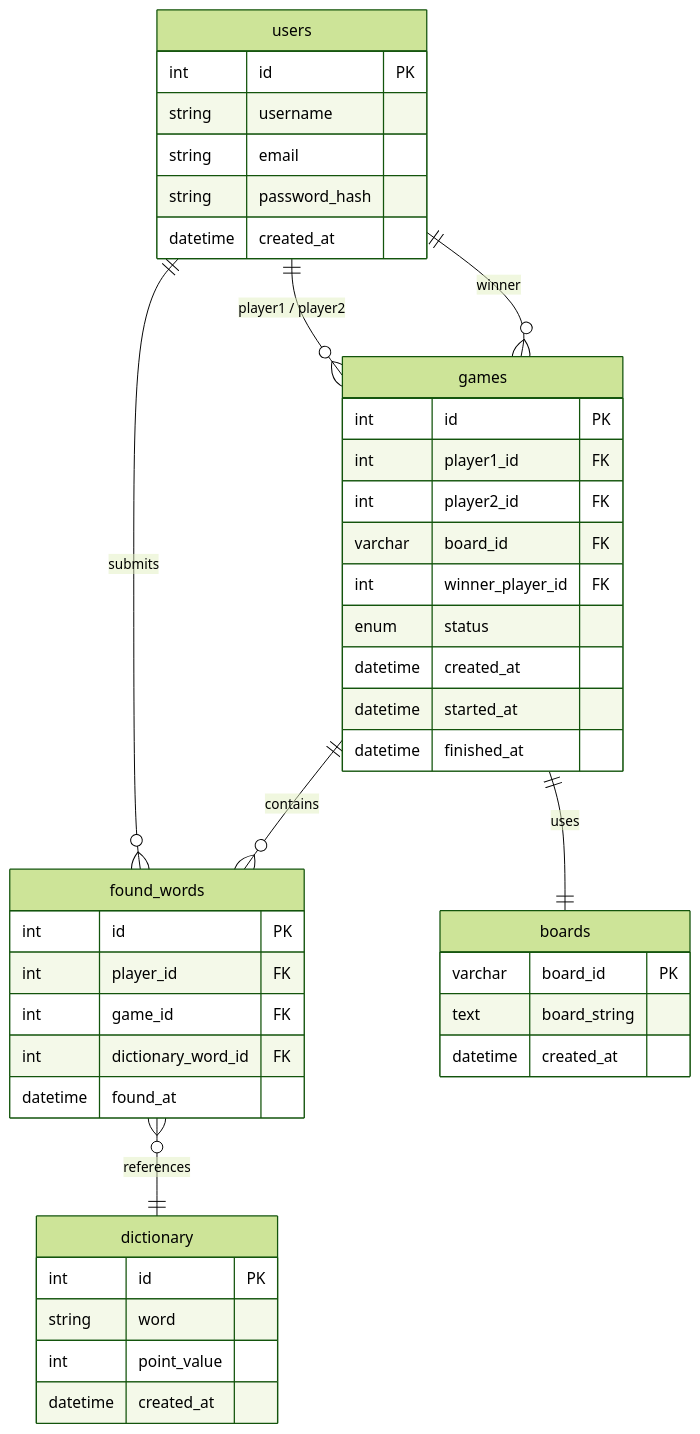
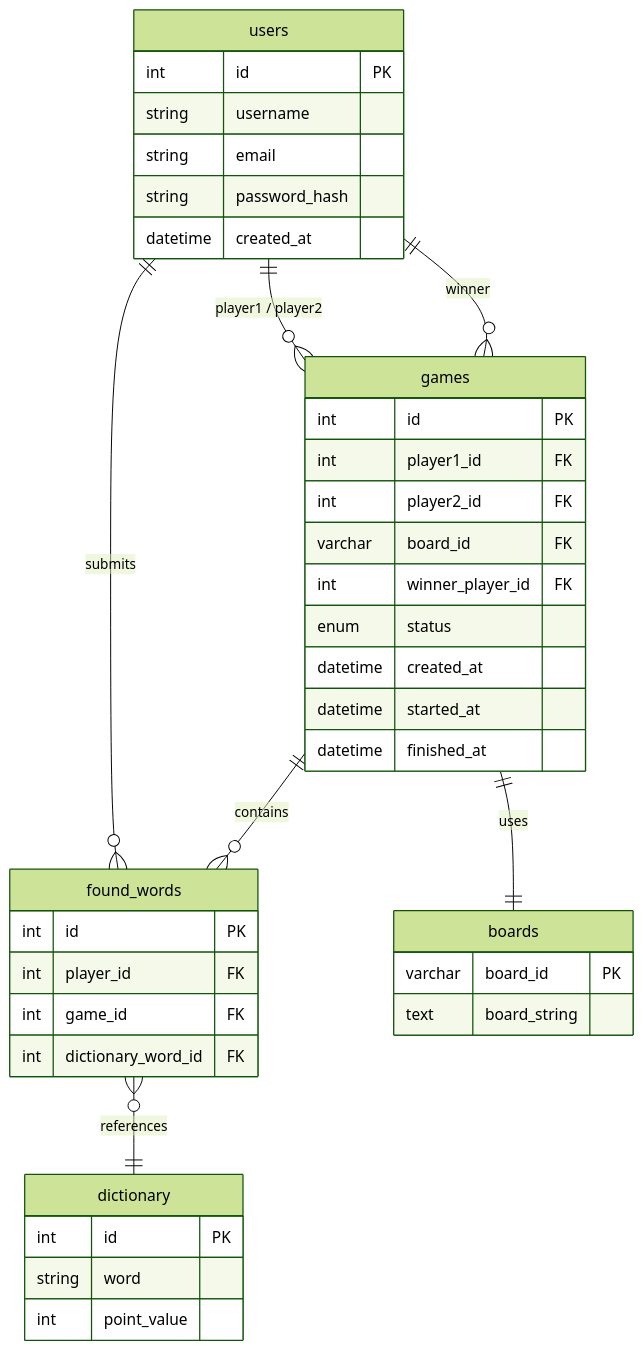
One commit to angelshih7/boggle-buddies changed the second of 4 diagrams in README.md. Above: the diagram before and after it, drawn with Mermaid (forest theme).

Commit message:
Update to DB documentation

````diff
--- a/README.md
+++ b/README.md
@@ -40,50 +40,47 @@
 ```mermaid
 erDiagram
     users ||--o{ games : "player1 / player2"
     users ||--o{ found_words : submits
     games ||--o{ found_words : contains
     games ||--|| boards : uses
     found_words }o--|| dictionary : references
     games }o--|| users : winner
 
     users {
         int id PK
         string username
         string email
         string password_hash
         datetime created_at
     }
 
     games {
         int id PK
         int player1_id FK
         int player2_id FK
         varchar board_id FK
         int winner_player_id FK
         enum status
         datetime created_at
         datetime started_at
         datetime finished_at
     }
 
     boards {
         varchar board_id PK
         text board_string
-        datetime created_at
     }
 
     dictionary {
         int id PK
         string word
         int point_value
-        datetime created_at
     }
 
     found_words {
         int id PK
         int player_id FK
         int game_id FK
         int dictionary_word_id FK
-        datetime found_at
     }
 ```
````
